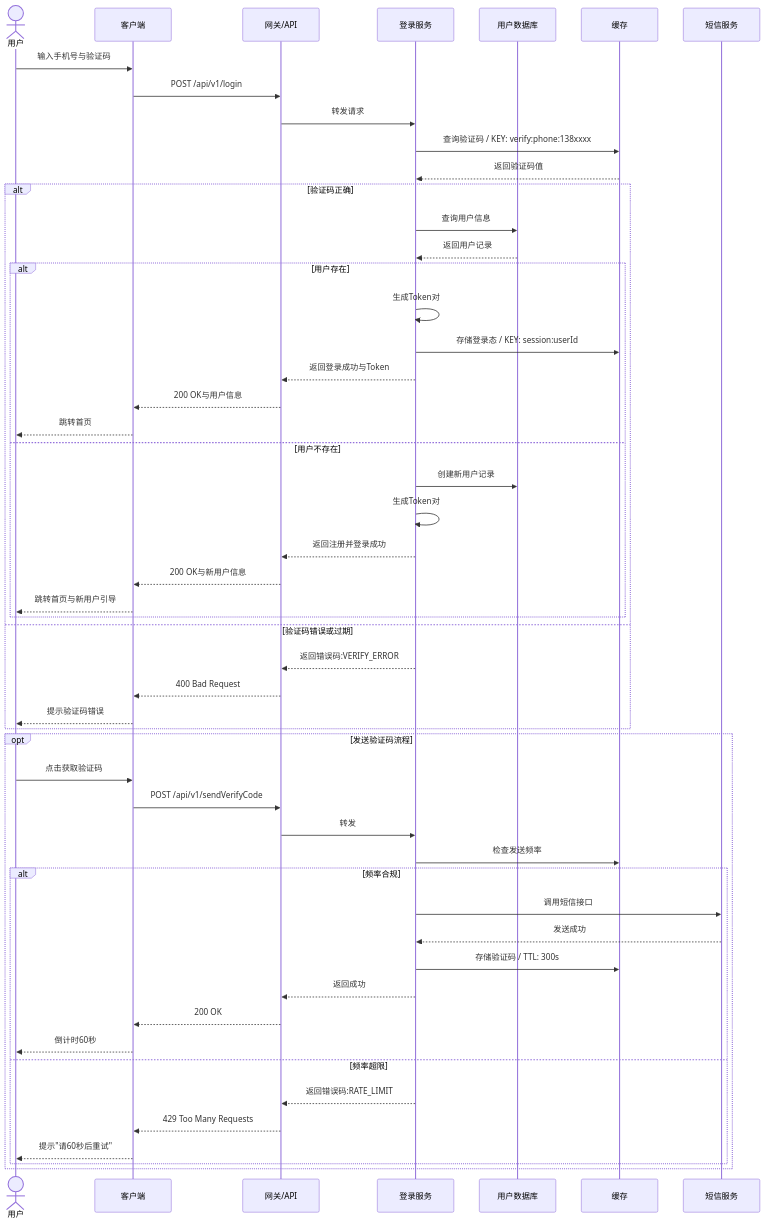
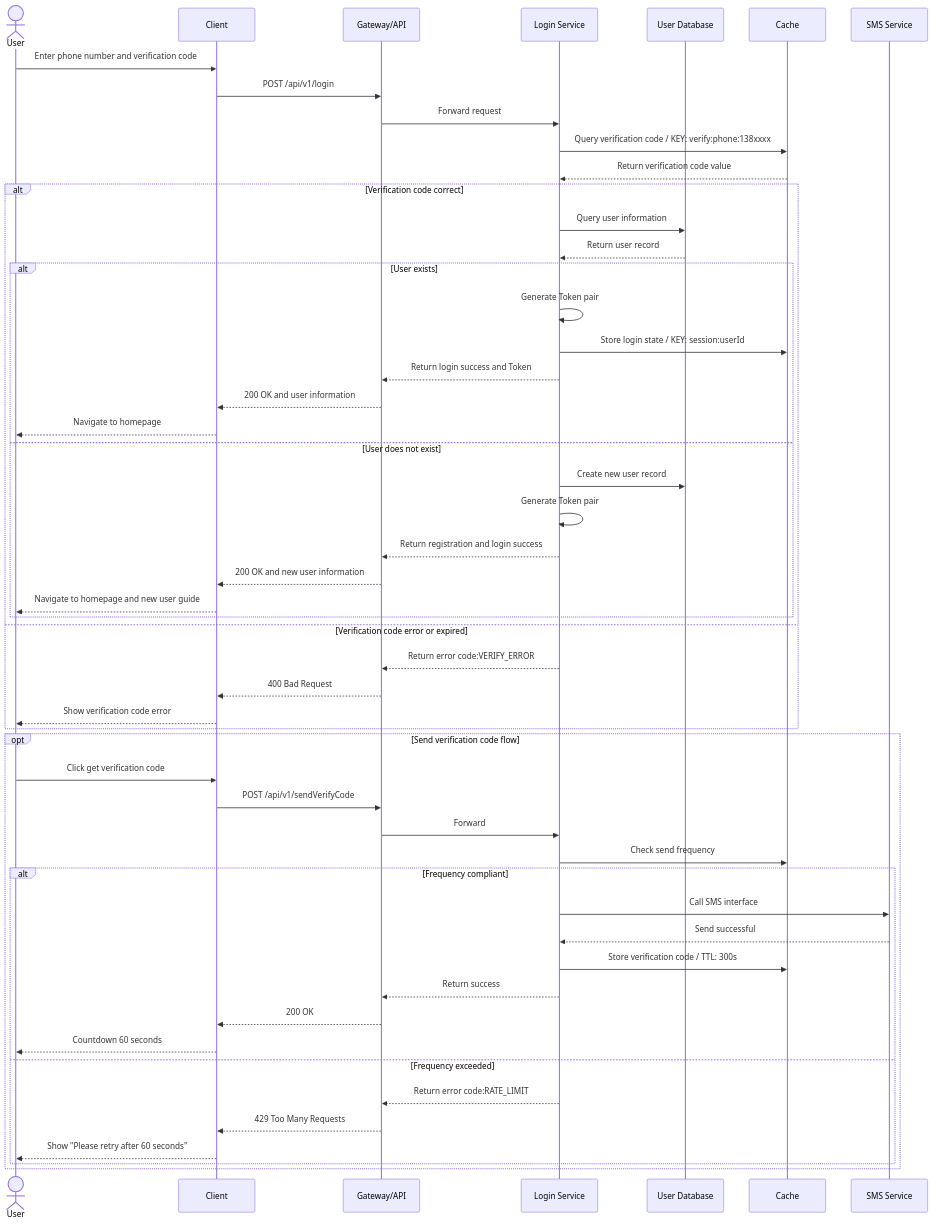
Before and after one commit to Kirky-X/cangjie: the seventh of 12 diagrams in templates/产品/产品层/【模板】产品需求文档.md, drawn with Mermaid. The commit also changed other lines of this file and 60 other files, not shown here.

````diff
--- a/templates/产品/产品层/【模板】产品需求文档.md
+++ b/templates/产品/产品层/【模板】产品需求文档.md
@@ -329,59 +329,59 @@
 ```mermaid
 sequenceDiagram
-    actor U as 用户
-    participant C as 客户端
-    participant API as 网关/API
-    participant S as 登录服务
-    participant DB as 用户数据库
-    participant Redis as 缓存
-    participant SMS as 短信服务
+    actor U as User
+    participant C as Client
+    participant API as Gateway/API
+    participant S as Login Service
+    participant DB as User Database
+    participant Redis as Cache
+    participant SMS as SMS Service
 
-    U->>C: 输入手机号与验证码
+    U->>C: Enter phone number and verification code
     C->>API: POST /api/v1/login
-    API->>S: 转发请求
+    API->>S: Forward request
 
-    S->>Redis: 查询验证码 / KEY: verify:phone:138xxxx
-    Redis-->>S: 返回验证码值
+    S->>Redis: Query verification code / KEY: verify:phone:138xxxx
+    Redis-->>S: Return verification code value
 
-    alt 验证码正确
-        S->>DB: 查询用户信息
-        DB-->>S: 返回用户记录
+    alt Verification code correct
+        S->>DB: Query user information
+        DB-->>S: Return user record
 
-        alt 用户存在
-            S->>S: 生成Token对
-            S->>Redis: 存储登录态 / KEY: session:userId
-            S-->>API: 返回登录成功与Token
-            API-->>C: 200 OK与用户信息
-            C-->>U: 跳转首页
-        else 用户不存在
-            S->>DB: 创建新用户记录
-            S->>S: 生成Token对
-            S-->>API: 返回注册并登录成功
-            API-->>C: 200 OK与新用户信息
-            C-->>U: 跳转首页与新用户引导
+        alt User exists
+            S->>S: Generate Token pair
+            S->>Redis: Store login state / KEY: session:userId
+            S-->>API: Return login success and Token
+            API-->>C: 200 OK and user information
+            C-->>U: Navigate to homepage
+        else User does not exist
+            S->>DB: Create new user record
+            S->>S: Generate Token pair
+            S-->>API: Return registration and login success
+            API-->>C: 200 OK and new user information
+            C-->>U: Navigate to homepage and new user guide
         end
-    else 验证码错误或过期
-        S-->>API: 返回错误码:VERIFY_ERROR
+    else Verification code error or expired
+        S-->>API: Return error code:VERIFY_ERROR
         API-->>C: 400 Bad Request
-        C-->>U: 提示验证码错误
+        C-->>U: Show verification code error
     end
 
-    opt 发送验证码流程
-        U->>C: 点击获取验证码
+    opt Send verification code flow
+        U->>C: Click get verification code
         C->>API: POST /api/v1/sendVerifyCode
-        API->>S: 转发
-        S->>Redis: 检查发送频率
-        alt 频率合规
-            S->>SMS: 调用短信接口
-            SMS-->>S: 发送成功
-            S->>Redis: 存储验证码 / TTL: 300s
-            S-->>API: 返回成功
+        API->>S: Forward
+        S->>Redis: Check send frequency
+        alt Frequency compliant
+            S->>SMS: Call SMS interface
+            SMS-->>S: Send successful
+            S->>Redis: Store verification code / TTL: 300s
+            S-->>API: Return success
             API-->>C: 200 OK
-            C-->>U: 倒计时60秒
-        else 频率超限
-            S-->>API: 返回错误码:RATE_LIMIT
+            C-->>U: Countdown 60 seconds
+        else Frequency exceeded
+            S-->>API: Return error code:RATE_LIMIT
             API-->>C: 429 Too Many Requests
-            C-->>U: 提示"请60秒后重试"
+            C-->>U: Show "Please retry after 60 seconds"
         end
     end
 ```
````
